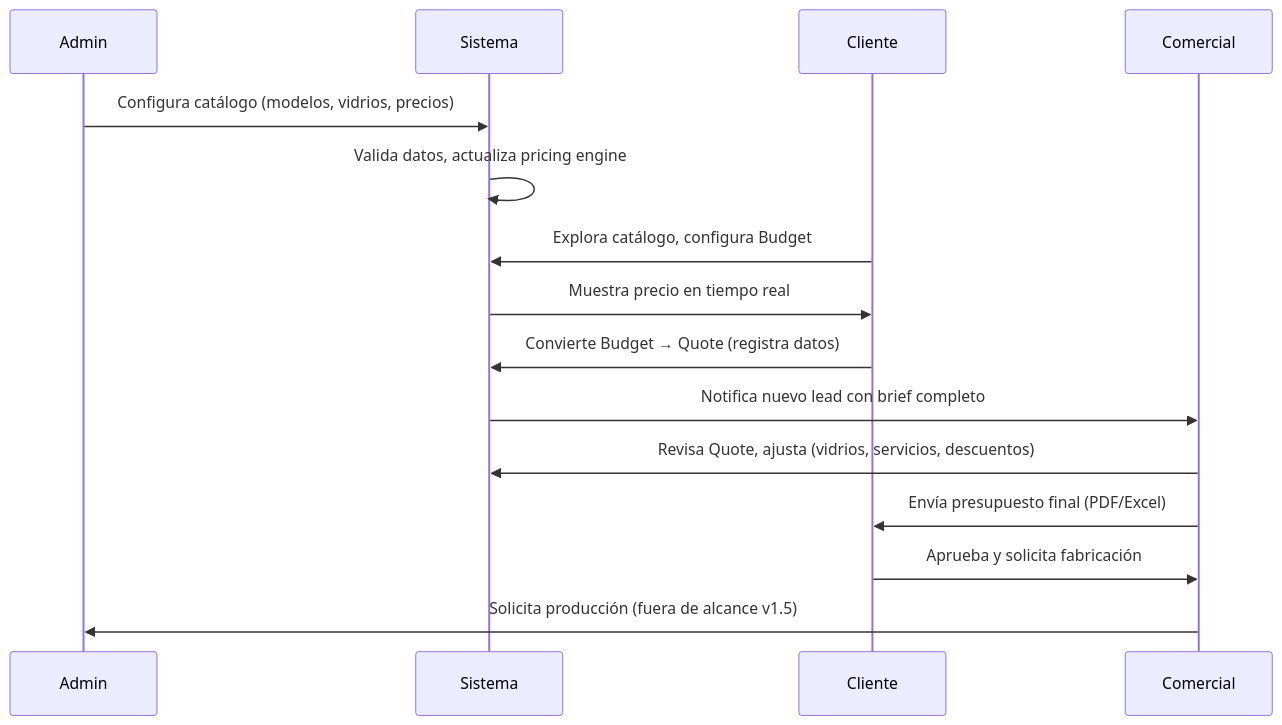
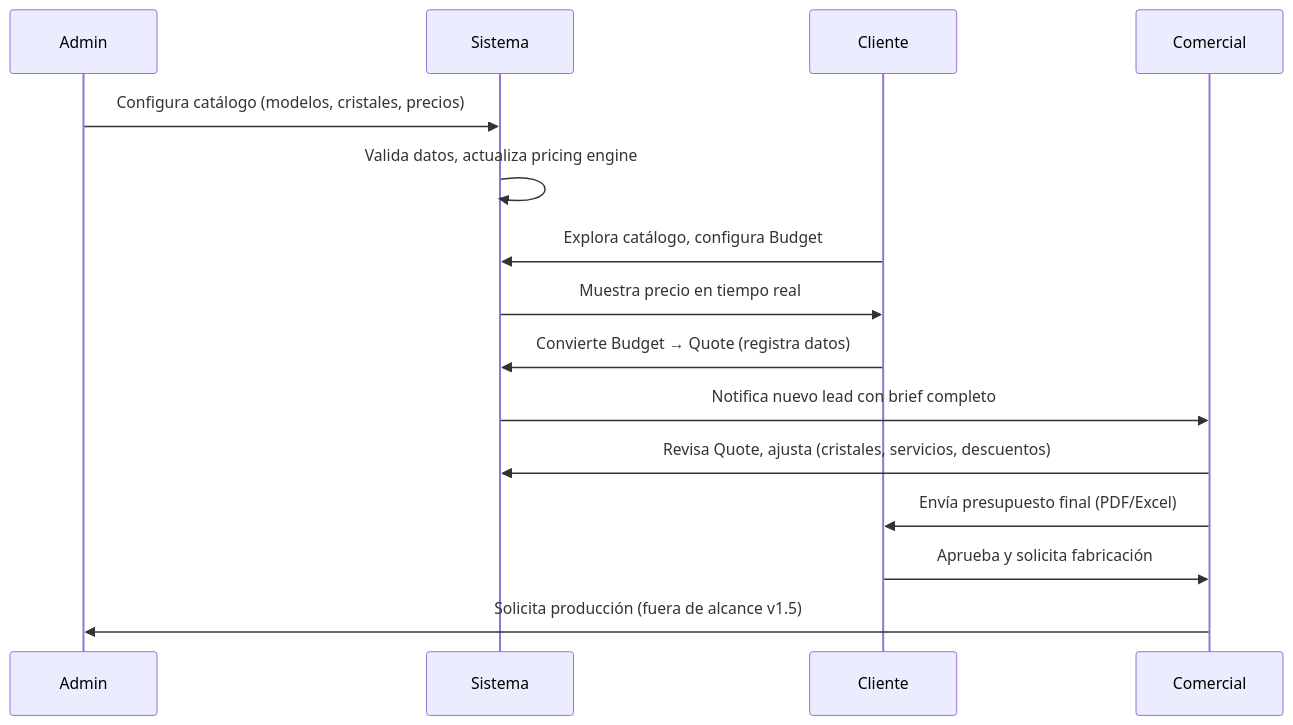
One commit to Andeveling/glasify-lite changed the second of 3 diagrams in docs/prd.md. Above: the diagram before and after it, drawn with Mermaid. The commit also changed other lines of this file and 302 other files, not shown here.

````diff
--- a/docs/prd.md
+++ b/docs/prd.md
@@ -675,18 +675,18 @@
 ```mermaid
 sequenceDiagram
     participant A as Admin
     participant S as Sistema
     participant C as Cliente
     participant V as Comercial
 
-    A->>S: Configura catálogo (modelos, vidrios, precios)
+    A->>S: Configura catálogo (modelos, cristales, precios)
     S->>S: Valida datos, actualiza pricing engine
     C->>S: Explora catálogo, configura Budget
     S->>C: Muestra precio en tiempo real
     C->>S: Convierte Budget → Quote (registra datos)
     S->>V: Notifica nuevo lead con brief completo
-    V->>S: Revisa Quote, ajusta (vidrios, servicios, descuentos)
+    V->>S: Revisa Quote, ajusta (cristales, servicios, descuentos)
     V->>C: Envía presupuesto final (PDF/Excel)
     C->>V: Aprueba y solicita fabricación
     V->>A: Solicita producción (fuera de alcance v1.5)
 ```
````
